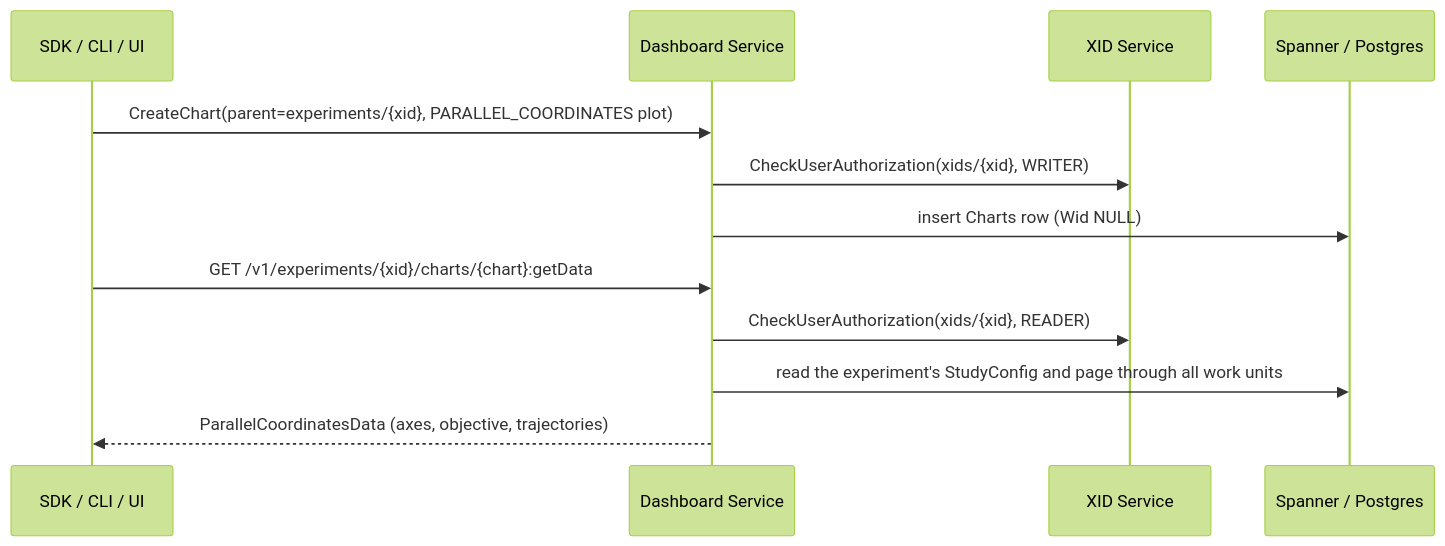
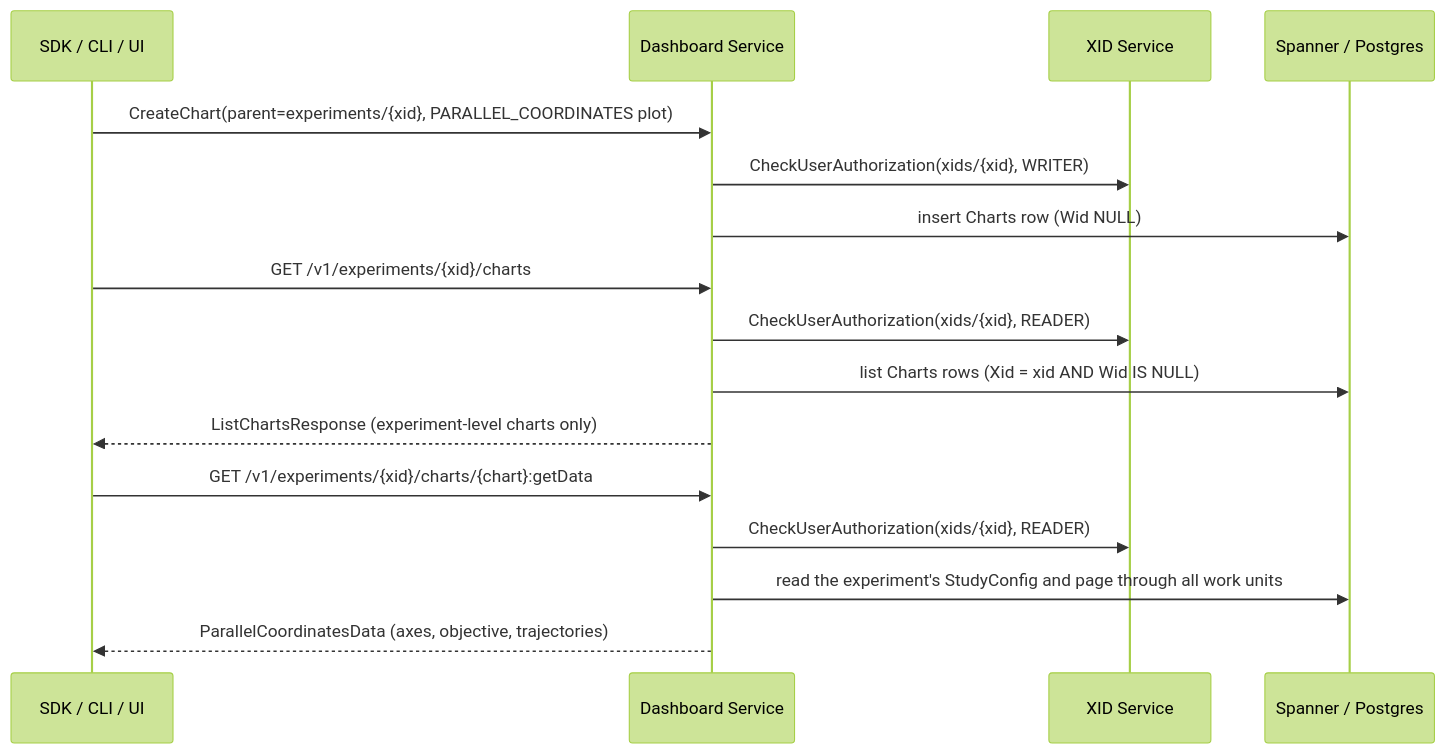
One commit to google/xmc changed the third of 3 diagrams in docs/flows/study_lifecycle.md. Above: the diagram before and after it, drawn with Mermaid (forest theme). The commit also changed other lines of this file and 14 other files, not shown here.

First line of the commit message:
feat(dashboard): list experiment-level charts (#1738)

````diff
--- a/docs/flows/study_lifecycle.md
+++ b/docs/flows/study_lifecycle.md
@@ -158,15 +158,19 @@
 ```mermaid
 sequenceDiagram
     participant Client as SDK / CLI / UI
     participant DS as Dashboard Service
     participant XID as XID Service
     participant DB as Spanner / Postgres
 
     Client->>DS: CreateChart(parent=experiments/{xid}, PARALLEL_COORDINATES plot)
     DS->>XID: CheckUserAuthorization(xids/{xid}, WRITER)
     DS->>DB: insert Charts row (Wid NULL)
+    Client->>DS: GET /v1/experiments/{xid}/charts
+    DS->>XID: CheckUserAuthorization(xids/{xid}, READER)
+    DS->>DB: list Charts rows (Xid = xid AND Wid IS NULL)
+    DS-->>Client: ListChartsResponse (experiment-level charts only)
     Client->>DS: GET /v1/experiments/{xid}/charts/{chart}:getData
     DS->>XID: CheckUserAuthorization(xids/{xid}, READER)
     DS->>DB: read the experiment's StudyConfig and page through all work units
     DS-->>Client: ParallelCoordinatesData (axes, objective, trajectories)
 ```
````
